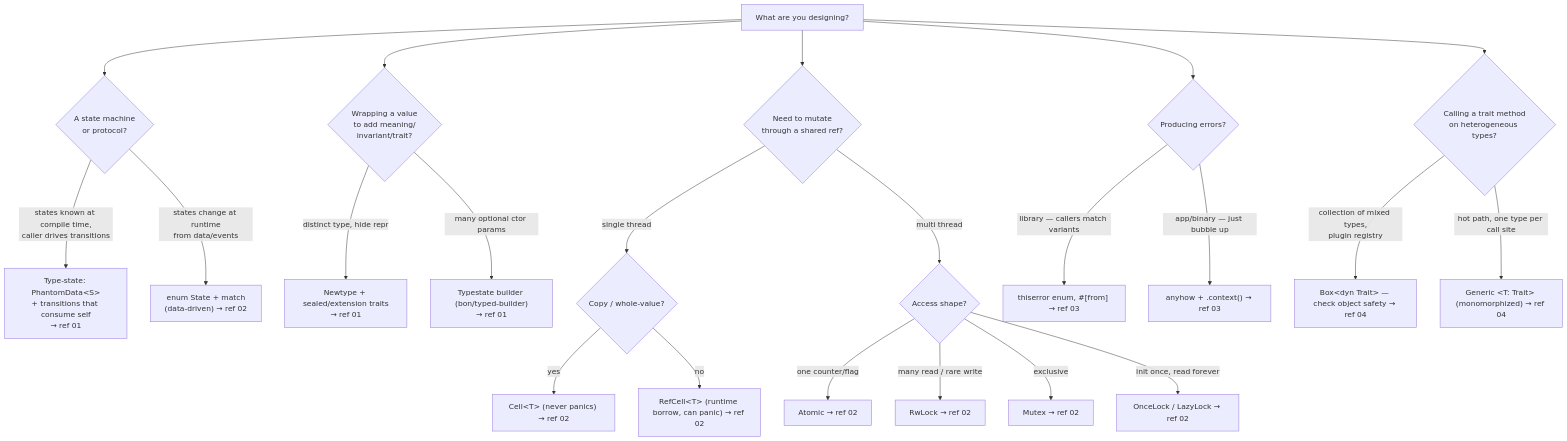
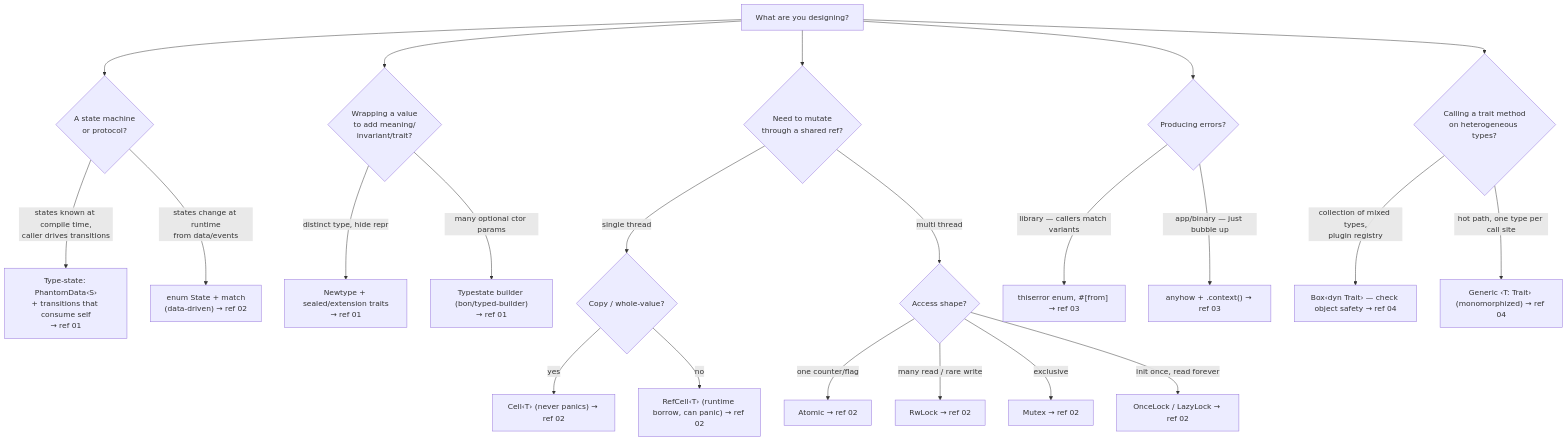
One commit to curiositech/port-daddy changed the diagram in skills/advanced-rust-patterns/SKILL.md. Above: the diagram before and after it, drawn with Mermaid. The commit also changed other lines of this file and 21 other files, not shown here.

````diff
--- a/skills/advanced-rust-patterns/SKILL.md
+++ b/skills/advanced-rust-patterns/SKILL.md
@@ -59,24 +59,24 @@
 ```mermaid
 flowchart TD
   Q["What are you designing?"] --> SM{"A state machine<br/>or protocol?"}
-  SM -->|"states known at compile time,<br/>caller drives transitions"| TS["Type-state: PhantomData&lt;S&gt;<br/>+ transitions that consume self<br/>→ ref 01"]
+  SM -->|"states known at compile time,<br/>caller drives transitions"| TS["Type-state: PhantomData‹S›<br/>+ transitions that consume self<br/>→ ref 01"]
   SM -->|"states change at runtime<br/>from data/events"| EN["enum State + match<br/>(data-driven) → ref 02"]
   Q --> WRAP{"Wrapping a value<br/>to add meaning/<br/>invariant/trait?"}
   WRAP -->|"distinct type, hide repr"| NT["Newtype + sealed/extension traits<br/>→ ref 01"]
   WRAP -->|"many optional ctor params"| BU["Typestate builder (bon/typed-builder)<br/>→ ref 01"]
   Q --> MUT{"Need to mutate<br/>through a shared ref?"}
   MUT -->|"single thread"| ST{"Copy / whole-value?"}
-  ST -->|yes| CELL["Cell&lt;T&gt; (never panics) → ref 02"]
-  ST -->|no| RC["RefCell&lt;T&gt; (runtime borrow, can panic) → ref 02"]
+  ST -->|yes| CELL["Cell‹T› (never panics) → ref 02"]
+  ST -->|no| RC["RefCell‹T› (runtime borrow, can panic) → ref 02"]
   MUT -->|"multi thread"| MT{"Access shape?"}
   MT -->|"one counter/flag"| AT["Atomic → ref 02"]
   MT -->|"many read / rare write"| RW["RwLock → ref 02"]
   MT -->|"exclusive"| MX["Mutex → ref 02"]
   MT -->|"init once, read forever"| OL["OnceLock / LazyLock → ref 02"]
   Q --> ERR{"Producing errors?"}
   ERR -->|"library — callers match variants"| TE["thiserror enum, #[from] → ref 03"]
   ERR -->|"app/binary — just bubble up"| AN["anyhow + .context() → ref 03"]
   Q --> DISP{"Calling a trait method<br/>on heterogeneous types?"}
-  DISP -->|"collection of mixed types,<br/>plugin registry"| DYN["Box&lt;dyn Trait&gt; — check object safety → ref 04"]
-  DISP -->|"hot path, one type per call site"| GEN["Generic &lt;T: Trait&gt; (monomorphized) → ref 04"]
+  DISP -->|"collection of mixed types,<br/>plugin registry"| DYN["Box‹dyn Trait› — check object safety → ref 04"]
+  DISP -->|"hot path, one type per call site"| GEN["Generic ‹T: Trait› (monomorphized) → ref 04"]
 ```
````
